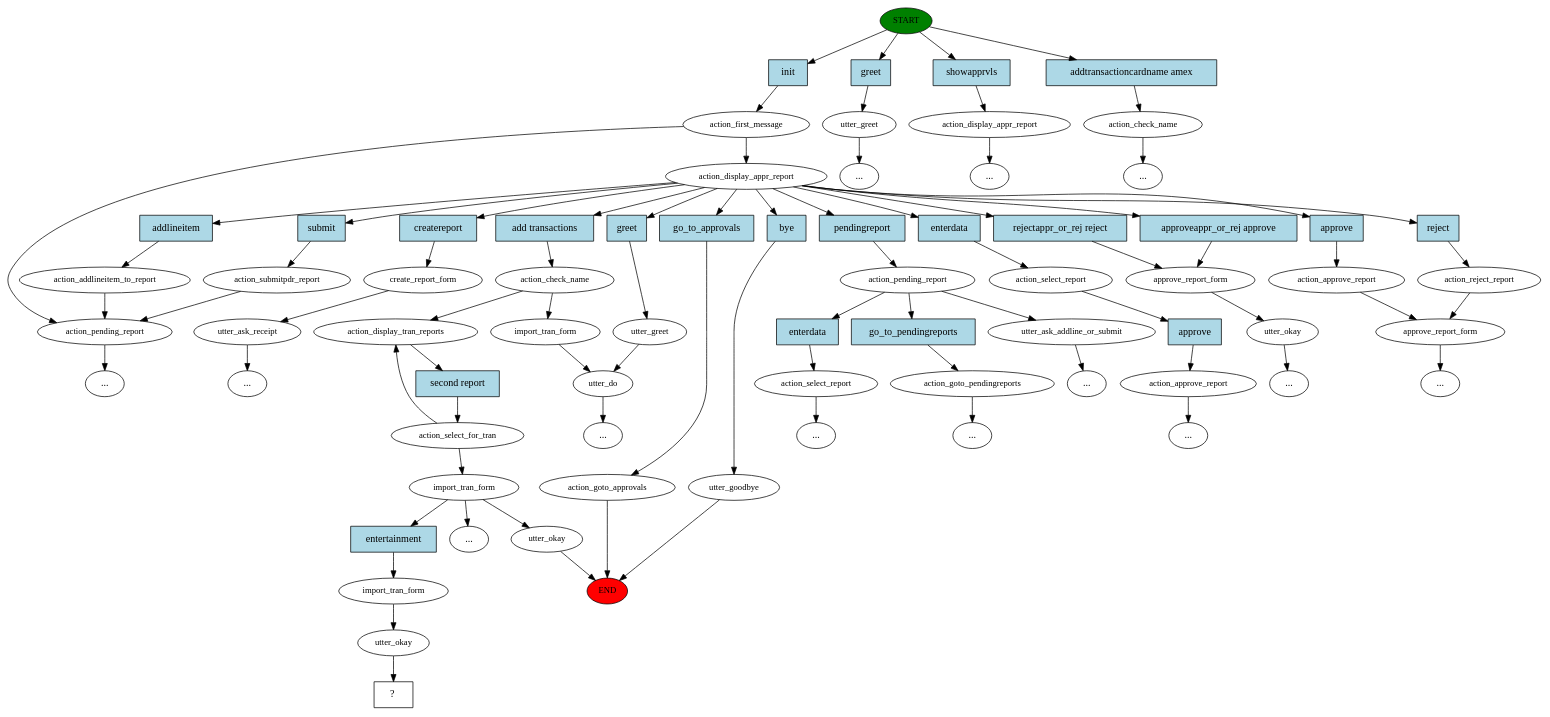
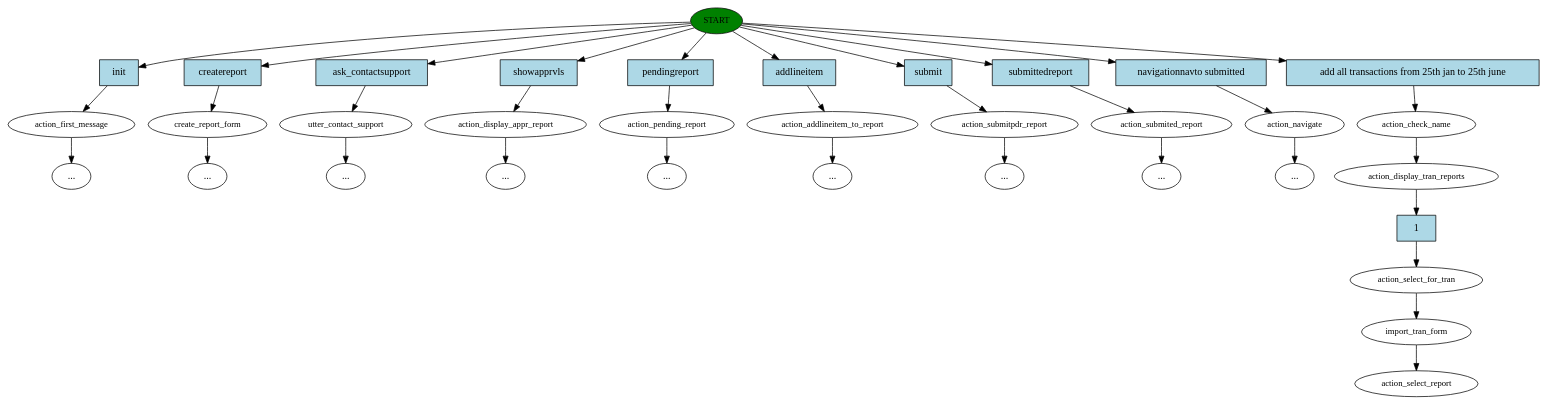
The diagram in story_graph.dot (suryavamsi1563/working_chat_bot), drawn with Graphviz before and after one commit. The commit also changed 30 other files, not shown here.

Commit message:
latest bot with all stories and form deactivation and slot crt_name

```diff
--- a/story_graph.dot
+++ b/story_graph.dot
@@ -1,151 +1,71 @@
 digraph  {
 0 [class="start active", fillcolor=green, fontsize=12, label=START, style=filled];
-"-1" [class=end, fillcolor=red, fontsize=12, label=END, style=filled];
-1 [class=active, fontsize=12, label=action_first_message];
-2 [class="", fontsize=12, label=action_pending_report];
-3 [class="", fontsize=12, label=utter_greet];
-"-4" [class=ellipsis, label="..."];
-7 [class=active, fontsize=12, label=action_display_appr_report];
-8 [class="", fontsize=12, label=create_report_form];
-9 [class="", fontsize=12, label=utter_ask_receipt];
-12 [class="", fontsize=12, label=utter_greet];
-13 [class="", fontsize=12, label=utter_do];
-16 [class="", fontsize=12, label=utter_goodbye];
+1 [class="", fontsize=12, label=action_first_message];
+11 [class="", fontsize=12, label=create_report_form];
+13 [class="", fontsize=12, label=utter_contact_support];
+"-15" [class=ellipsis, label="..."];
+19 [class="", fontsize=12, label=action_display_appr_report];
 21 [class="", fontsize=12, label=action_pending_report];
-22 [class="", fontsize=12, label=action_select_report];
+"-25" [class=ellipsis, label="..."];
 25 [class="", fontsize=12, label=action_addlineitem_to_report];
-29 [class="", fontsize=12, label=action_submitpdr_report];
-53 [class="", fontsize=12, label=action_select_report];
-54 [class="", fontsize=12, label=action_approve_report];
-55 [class="", fontsize=12, label=action_display_appr_report];
-"-18" [class=ellipsis, label="..."];
-"-19" [class=ellipsis, label="..."];
-"-21" [class=ellipsis, label="..."];
-"-25" [class=ellipsis, label="..."];
-87 [class="", fontsize=12, label=utter_ask_addline_or_submit];
 "-27" [class=ellipsis, label="..."];
-94 [class="", fontsize=12, label=action_goto_approvals];
-98 [class="", fontsize=12, label=action_goto_pendingreports];
-"-28" [class=ellipsis, label="..."];
+32 [class="", fontsize=12, label=action_submitpdr_report];
 "-34" [class=ellipsis, label="..."];
-116 [class="", fontsize=12, label=approve_report_form];
-117 [class="", fontsize=12, label=utter_okay];
-120 [class="", fontsize=12, label=action_reject_report];
-121 [class="", fontsize=12, label=approve_report_form];
-"-37" [class=ellipsis, label="..."];
-128 [class="", fontsize=12, label=action_approve_report];
 "-38" [class=ellipsis, label="..."];
-132 [class=active, fontsize=12, label=action_check_name];
-133 [class="", fontsize=12, label=import_tran_form];
-143 [class=active, fontsize=12, label=action_display_tran_reports];
-144 [class=active, fontsize=12, label=action_select_for_tran];
-145 [class=active, fontsize=12, label=import_tran_form];
-146 [class="", fontsize=12, label=utter_okay];
-"-41" [class=ellipsis, label="..."];
-"-45" [class=ellipsis, label="..."];
-205 [class="", fontsize=12, label=action_check_name];
+38 [class="", fontsize=12, label=action_submited_report];
+"-42" [class=ellipsis, label="..."];
+41 [class="", fontsize=12, label=action_navigate];
+"-43" [class=ellipsis, label="..."];
 "-46" [class=ellipsis, label="..."];
-219 [class=active, fontsize=12, label=import_tran_form];
-220 [class=active, fontsize=12, label=utter_okay];
-221 [class="intent dashed active", label="  ?  ", shape=rect];
-222 [class="intent active", fillcolor=lightblue, label=init, shape=rect, style=filled];
-223 [class=intent, fillcolor=lightblue, label=greet, shape=rect, style=filled];
-224 [class=intent, fillcolor=lightblue, label=showapprvls, shape=rect, style=filled];
-225 [class=intent, fillcolor=lightblue, label="addtransactioncardname amex", shape=rect, style=filled];
-226 [class=intent, fillcolor=lightblue, label=createreport, shape=rect, style=filled];
-227 [class=intent, fillcolor=lightblue, label=greet, shape=rect, style=filled];
-228 [class=intent, fillcolor=lightblue, label=bye, shape=rect, style=filled];
-229 [class=intent, fillcolor=lightblue, label=pendingreport, shape=rect, style=filled];
-230 [class=intent, fillcolor=lightblue, label=addlineitem, shape=rect, style=filled];
-231 [class=intent, fillcolor=lightblue, label=submit, shape=rect, style=filled];
-232 [class=intent, fillcolor=lightblue, label=enterdata, shape=rect, style=filled];
-233 [class=intent, fillcolor=lightblue, label=go_to_approvals, shape=rect, style=filled];
-234 [class=intent, fillcolor=lightblue, label="rejectappr_or_rej reject", shape=rect, style=filled];
-235 [class=intent, fillcolor=lightblue, label="approveappr_or_rej approve", shape=rect, style=filled];
-236 [class=intent, fillcolor=lightblue, label=reject, shape=rect, style=filled];
-237 [class=intent, fillcolor=lightblue, label=approve, shape=rect, style=filled];
-238 [class="intent active", fillcolor=lightblue, label="add transactions", shape=rect, style=filled];
-239 [class=intent, fillcolor=lightblue, label=enterdata, shape=rect, style=filled];
-240 [class=intent, fillcolor=lightblue, label=go_to_pendingreports, shape=rect, style=filled];
-241 [class=intent, fillcolor=lightblue, label=approve, shape=rect, style=filled];
-242 [class="intent active", fillcolor=lightblue, label="second report", shape=rect, style=filled];
-243 [class="intent active", fillcolor=lightblue, label=entertainment, shape=rect, style=filled];
-0 -> 222  [class=active, key=0];
-0 -> 223  [class="", key=0];
-0 -> 224  [class="", key=0];
-0 -> 225  [class="", key=0];
-1 -> 2  [class="", key=NONE, label=""];
-1 -> 7  [class=active, key=NONE, label=""];
-2 -> "-34"  [class="", key=NONE, label=""];
-3 -> "-4"  [class="", key=NONE, label=""];
-7 -> 226  [class="", key=0];
-7 -> 227  [class="", key=0];
-7 -> 228  [class="", key=0];
-7 -> 229  [class="", key=0];
-7 -> 230  [class="", key=0];
-7 -> 231  [class="", key=0];
-7 -> 232  [class="", key=0];
-7 -> 233  [class="", key=0];
-7 -> 234  [class="", key=0];
-7 -> 235  [class="", key=0];
-7 -> 236  [class="", key=0];
-7 -> 237  [class="", key=0];
-7 -> 238  [class=active, key=0];
-8 -> 9  [class="", key=NONE, label=""];
-9 -> "-19"  [class="", key=NONE, label=""];
-12 -> 13  [class="", key=NONE, label=""];
-13 -> "-41"  [class="", key=NONE, label=""];
-16 -> "-1"  [class="", key=NONE, label=""];
-21 -> 87  [class="", key=NONE, label=""];
-21 -> 239  [class="", key=0];
-21 -> 240  [class="", key=0];
-22 -> "-25"  [class="", key=NONE, label=""];
-25 -> 2  [class="", key=NONE, label=""];
-29 -> 2  [class="", key=NONE, label=""];
-53 -> 241  [class="", key=0];
-54 -> "-21"  [class="", key=NONE, label=""];
-55 -> "-18"  [class="", key=NONE, label=""];
-87 -> "-27"  [class="", key=NONE, label=""];
-94 -> "-1"  [class="", key=NONE, label=""];
-98 -> "-28"  [class="", key=NONE, label=""];
-116 -> 117  [class="", key=NONE, label=""];
-117 -> "-37"  [class="", key=NONE, label=""];
-120 -> 121  [class="", key=NONE, label=""];
-121 -> "-38"  [class="", key=NONE, label=""];
-128 -> 121  [class="", key=NONE, label=""];
-132 -> 133  [class="", key=NONE, label=""];
-132 -> 143  [class=active, key=NONE, label=""];
-133 -> 13  [class="", key=NONE, label=""];
-143 -> 242  [class=active, key=0];
-144 -> 145  [class=active, key=NONE, label=""];
-144 -> 143  [class="", key=NONE, label=""];
-145 -> 146  [class="", key=NONE, label=""];
-145 -> "-45"  [class="", key=NONE, label=""];
-145 -> 243  [class=active, key=0];
-146 -> "-1"  [class="", key=NONE, label=""];
-205 -> "-46"  [class="", key=NONE, label=""];
-219 -> 220  [class=active, key=NONE, label=""];
-220 -> 221  [class=active, key=NONE, label=""];
-222 -> 1  [class=active, key=0];
-223 -> 3  [class="", key=0];
-224 -> 55  [class="", key=0];
-225 -> 205  [class="", key=0];
-226 -> 8  [class="", key=0];
-227 -> 12  [class="", key=0];
-228 -> 16  [class="", key=0];
-229 -> 21  [class="", key=0];
-230 -> 25  [class="", key=0];
-231 -> 29  [class="", key=0];
-232 -> 53  [class="", key=0];
-233 -> 94  [class="", key=0];
-234 -> 116  [class="", key=0];
-235 -> 116  [class="", key=0];
-236 -> 120  [class="", key=0];
-237 -> 128  [class="", key=0];
-238 -> 132  [class=active, key=0];
-239 -> 22  [class="", key=0];
-240 -> 98  [class="", key=0];
-241 -> 54  [class="", key=0];
-242 -> 144  [class=active, key=0];
-243 -> 219  [class=active, key=0];
+"-54" [class=ellipsis, label="..."];
+53 [class=active, fontsize=12, label=action_check_name];
+54 [class=active, fontsize=12, label=action_display_tran_reports];
+55 [class=active, fontsize=12, label=action_select_for_tran];
+56 [class=active, fontsize=12, label=import_tran_form];
+57 [class="dashed active", fontsize=12, label=action_select_report];
+58 [class=intent, fillcolor=lightblue, label=init, shape=rect, style=filled];
+59 [class=intent, fillcolor=lightblue, label=createreport, shape=rect, style=filled];
+60 [class=intent, fillcolor=lightblue, label=ask_contactsupport, shape=rect, style=filled];
+61 [class=intent, fillcolor=lightblue, label=showapprvls, shape=rect, style=filled];
+62 [class=intent, fillcolor=lightblue, label=pendingreport, shape=rect, style=filled];
+63 [class=intent, fillcolor=lightblue, label=addlineitem, shape=rect, style=filled];
+64 [class=intent, fillcolor=lightblue, label=submit, shape=rect, style=filled];
+65 [class=intent, fillcolor=lightblue, label=submittedreport, shape=rect, style=filled];
+66 [class=intent, fillcolor=lightblue, label="navigationnavto submitted", shape=rect, style=filled];
+67 [class="intent active", fillcolor=lightblue, label="add all transactions from 25th jan to 25th june", shape=rect, style=filled];
+68 [class="intent active", fillcolor=lightblue, label=1, shape=rect, style=filled];
+0 -> 58  [class="", key=0];
+0 -> 59  [class="", key=0];
+0 -> 60  [class="", key=0];
+0 -> 61  [class="", key=0];
+0 -> 62  [class="", key=0];
+0 -> 63  [class="", key=0];
+0 -> 64  [class="", key=0];
+0 -> 65  [class="", key=0];
+0 -> 66  [class="", key=0];
+0 -> 67  [class=active, key=0];
+1 -> "-54"  [class="", key=NONE, label=""];
+11 -> "-46"  [class="", key=NONE, label=""];
+13 -> "-15"  [class="", key=NONE, label=""];
+19 -> "-25"  [class="", key=NONE, label=""];
+21 -> "-38"  [class="", key=NONE, label=""];
+25 -> "-27"  [class="", key=NONE, label=""];
+32 -> "-34"  [class="", key=NONE, label=""];
+38 -> "-42"  [class="", key=NONE, label=""];
+41 -> "-43"  [class="", key=NONE, label=""];
+53 -> 54  [class=active, key=NONE, label=""];
+54 -> 68  [class=active, key=0];
+55 -> 56  [class=active, key=NONE, label=""];
+56 -> 57  [class=active, key=NONE, label=""];
+58 -> 1  [class="", key=0];
+59 -> 11  [class="", key=0];
+60 -> 13  [class="", key=0];
+61 -> 19  [class="", key=0];
+62 -> 21  [class="", key=0];
+63 -> 25  [class="", key=0];
+64 -> 32  [class="", key=0];
+65 -> 38  [class="", key=0];
+66 -> 41  [class="", key=0];
+67 -> 53  [class=active, key=0];
+68 -> 55  [class=active, key=0];
 }
```
